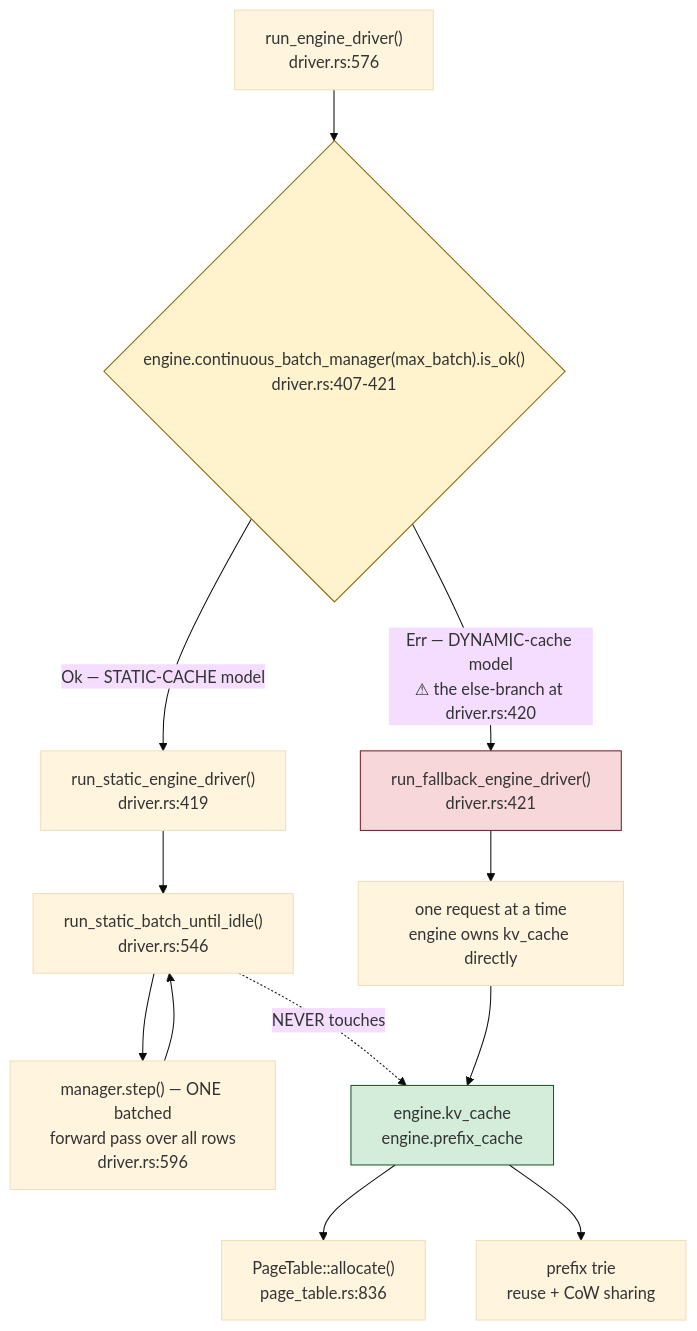
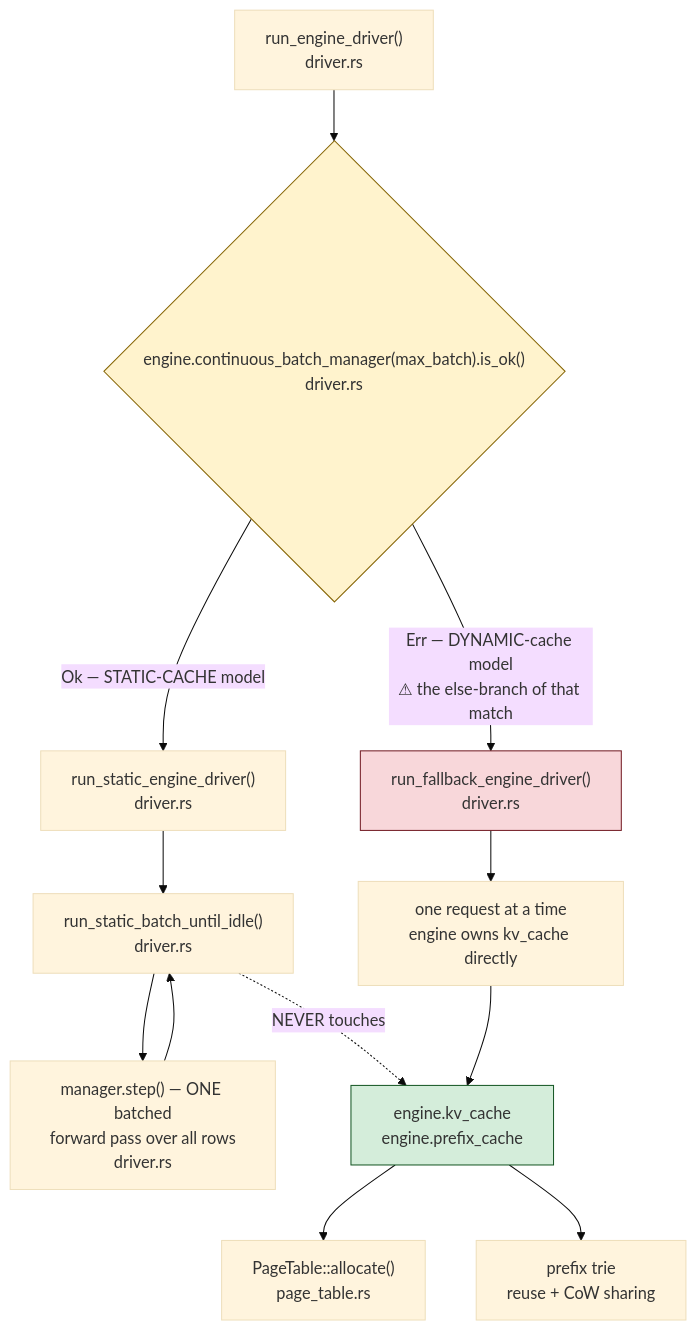
The second of 2 diagrams in docs/ARCHITECTURE.md (justinchuby/onnx-genai), drawn with Mermaid (base theme) before and after one commit. The commit also changed other lines of this file, not shown here.

First paragraph of the commit message:
docs: strip rotted line numbers from the architecture diagrams
Every one of the 8 line-number coordinates baked into this document's
ASCII and Mermaid diagrams was wrong when re-derived at HEAD:

````diff
--- a/docs/ARCHITECTURE.md
+++ b/docs/ARCHITECTURE.md
@@ -260,23 +260,23 @@
 ```mermaid
 flowchart TD
-    A["run_engine_driver()<br/>driver.rs:576"] --> B{"engine.continuous_batch_manager(max_batch).is_ok()<br/>driver.rs:407-421"}
+    A["run_engine_driver()<br/>driver.rs"] --> B{"engine.continuous_batch_manager(max_batch).is_ok()<br/>driver.rs"}
 
-    B -- "Ok — STATIC-CACHE model" --> C["run_static_engine_driver()<br/>driver.rs:419"]
-    B -- "Err — DYNAMIC-cache model<br/>⚠ the else-branch at driver.rs:420" --> D["run_fallback_engine_driver()<br/>driver.rs:421"]
+    B -- "Ok — STATIC-CACHE model" --> C["run_static_engine_driver()<br/>driver.rs"]
+    B -- "Err — DYNAMIC-cache model<br/>⚠ the else-branch of that match" --> D["run_fallback_engine_driver()<br/>driver.rs"]
 
-    C --> C1["run_static_batch_until_idle()<br/>driver.rs:546"]
-    C1 --> C2["manager.step() — ONE batched<br/>forward pass over all rows<br/>driver.rs:596"]
+    C --> C1["run_static_batch_until_idle()<br/>driver.rs"]
+    C1 --> C2["manager.step() — ONE batched<br/>forward pass over all rows<br/>driver.rs"]
     C2 --> C1
 
     D --> D1["one request at a time<br/>engine owns kv_cache directly"]
 
     C1 -.->|"NEVER touches"| K["engine.kv_cache<br/>engine.prefix_cache"]
     D1 --> K
 
-    K --> K1["PageTable::allocate()<br/>page_table.rs:836"]
+    K --> K1["PageTable::allocate()<br/>page_table.rs"]
     K --> K2["prefix trie<br/>reuse + CoW sharing"]
 
     style B fill:#fff3cd,stroke:#856404
     style D fill:#f8d7da,stroke:#721c24
     style K fill:#d4edda,stroke:#155724
 ```
````
